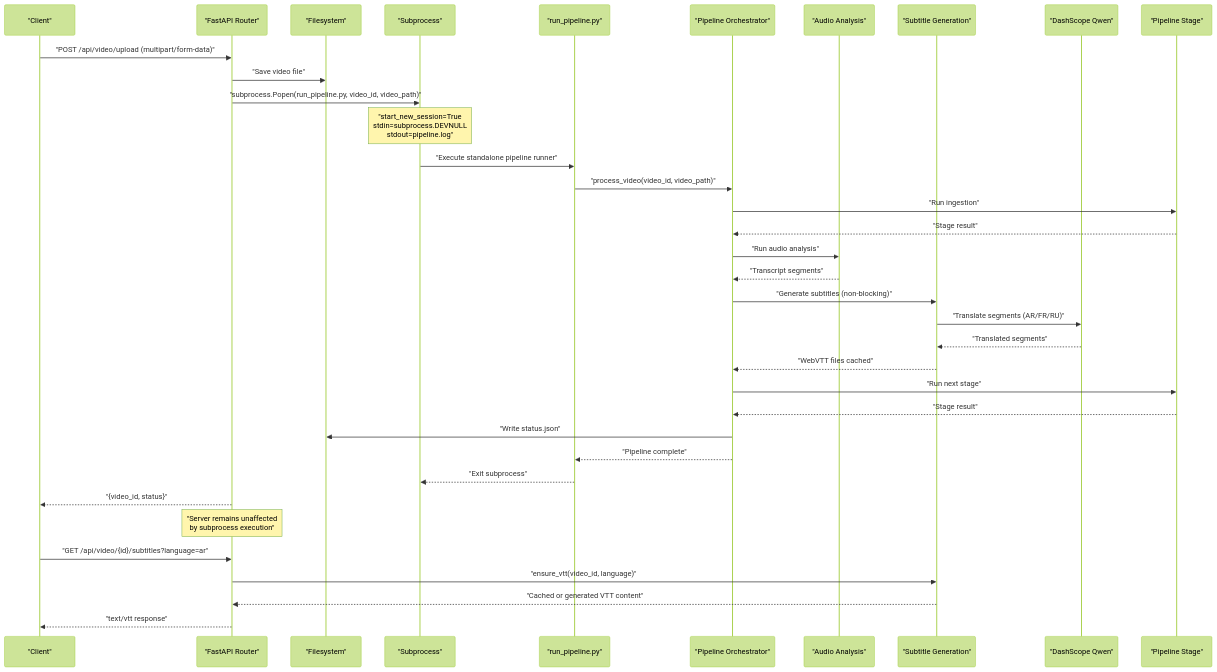
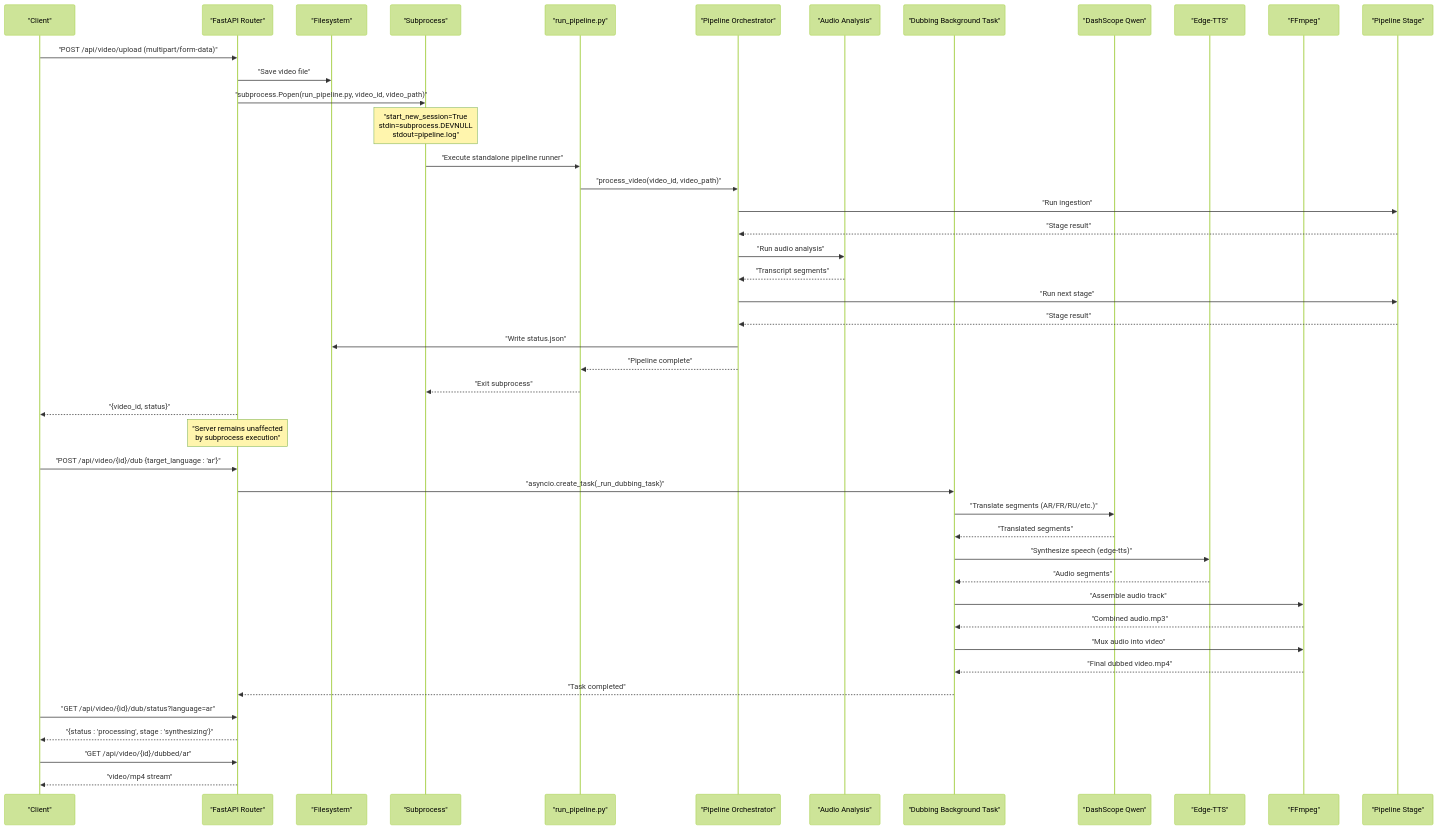
Before and after one commit to alexandreybasta-cyber/dubai-media-ai: the second of 3 diagrams in .qoder/repowiki/en/content/Backend API Reference/Video Processing Endpoints.md, drawn with Mermaid (forest theme). The commit also changed other lines of this file and 20 other files, not shown here.

````diff
--- a/.qoder/repowiki/en/content/Backend API Reference/Video Processing Endpoints.md
+++ b/.qoder/repowiki/en/content/Backend API Reference/Video Processing Endpoints.md
@@ -193,38 +218,47 @@
 ```mermaid
 sequenceDiagram
 participant Client as "Client"
 participant API as "FastAPI Router"
 participant FS as "Filesystem"
 participant Subproc as "Subprocess"
 participant Runner as "run_pipeline.py"
 participant Orchestrator as "Pipeline Orchestrator"
 participant AudioStage as "Audio Analysis"
-participant SubtitleGen as "Subtitle Generation"
+participant DubbingTask as "Dubbing Background Task"
 participant Translator as "DashScope Qwen"
+participant TTS as "Edge-TTS"
+participant FFmpeg as "FFmpeg"
 participant Stage as "Pipeline Stage"
 Client->>API : "POST /api/video/upload (multipart/form-data)"
 API->>FS : "Save video file"
 API->>Subproc : "subprocess.Popen(run_pipeline.py, video_id, video_path)"
 Note over Subproc : "start_new_session=True<br/>stdin=subprocess.DEVNULL<br/>stdout=pipeline.log"
 Subproc->>Runner : "Execute standalone pipeline runner"
 Runner->>Orchestrator : "process_video(video_id, video_path)"
 Orchestrator->>Stage : "Run ingestion"
 Stage-->>Orchestrator : "Stage result"
 Orchestrator->>AudioStage : "Run audio analysis"
 AudioStage-->>Orchestrator : "Transcript segments"
-Orchestrator->>SubtitleGen : "Generate subtitles (non-blocking)"
-SubtitleGen->>Translator : "Translate segments (AR/FR/RU)"
-Translator-->>SubtitleGen : "Translated segments"
-SubtitleGen-->>Orchestrator : "WebVTT files cached"
 Orchestrator->>Stage : "Run next stage"
 Stage-->>Orchestrator : "Stage result"
 Orchestrator->>FS : "Write status.json"
 Orchestrator-->>Runner : "Pipeline complete"
 Runner-->>Subproc : "Exit subprocess"
 API-->>Client : "{video_id, status}"
 Note over API : "Server remains unaffected<br/>by subprocess execution"
-Client->>API : "GET /api/video/{id}/subtitles?language=ar"
-API->>SubtitleGen : "ensure_vtt(video_id, language)"
-SubtitleGen-->>API : "Cached or generated VTT content"
-API-->>Client : "text/vtt response"
+Client->>API : "POST /api/video/{id}/dub {target_language : 'ar'}"
+API->>DubbingTask : "asyncio.create_task(_run_dubbing_task)"
+DubbingTask->>Translator : "Translate segments (AR/FR/RU/etc.)"
+Translator-->>DubbingTask : "Translated segments"
+DubbingTask->>TTS : "Synthesize speech (edge-tts)"
+TTS-->>DubbingTask : "Audio segments"
+DubbingTask->>FFmpeg : "Assemble audio track"
+FFmpeg-->>DubbingTask : "Combined audio.mp3"
+DubbingTask->>FFmpeg : "Mux audio into video"
+FFmpeg-->>DubbingTask : "Final dubbed video.mp4"
+DubbingTask-->>API : "Task completed"
+Client->>API : "GET /api/video/{id}/dub/status?language=ar"
+API-->>Client : "{status : 'processing', stage : 'synthesizing'}"
+Client->>API : "GET /api/video/{id}/dubbed/ar"
+API-->>Client : "video/mp4 stream"
 ```
````
